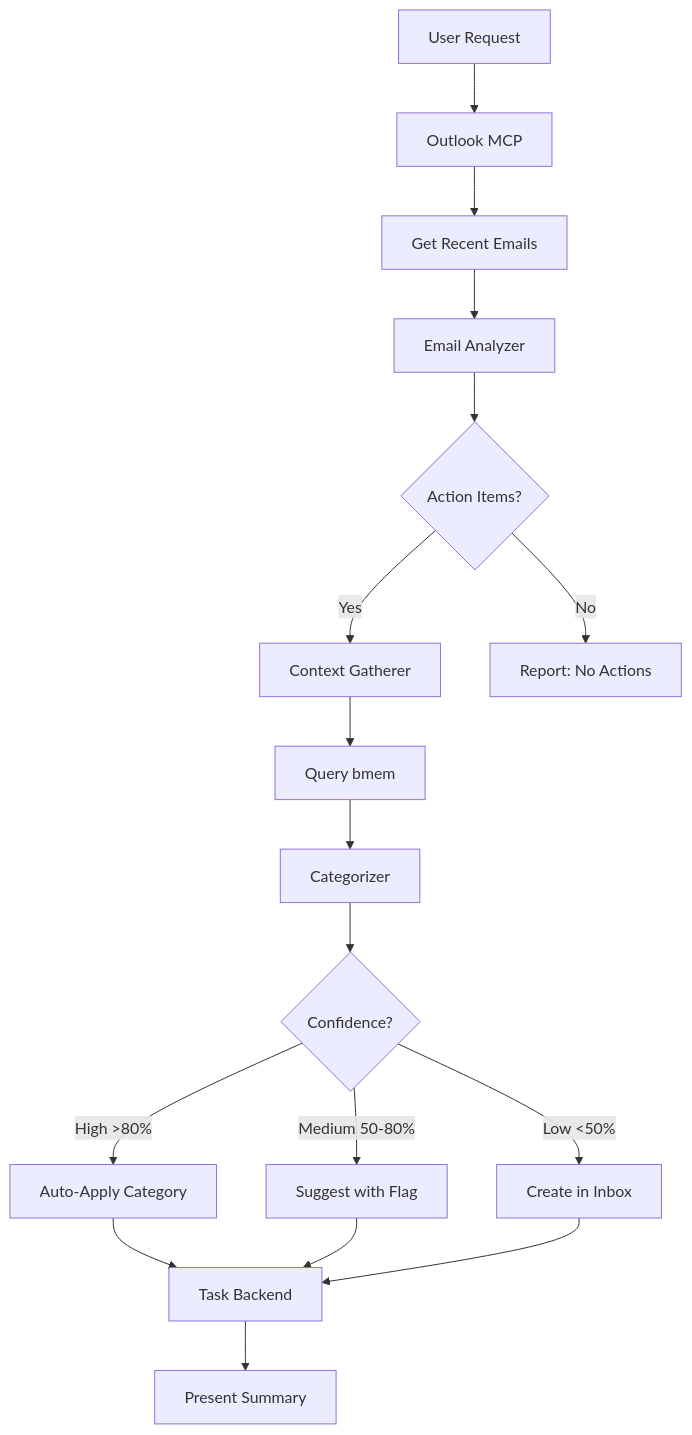
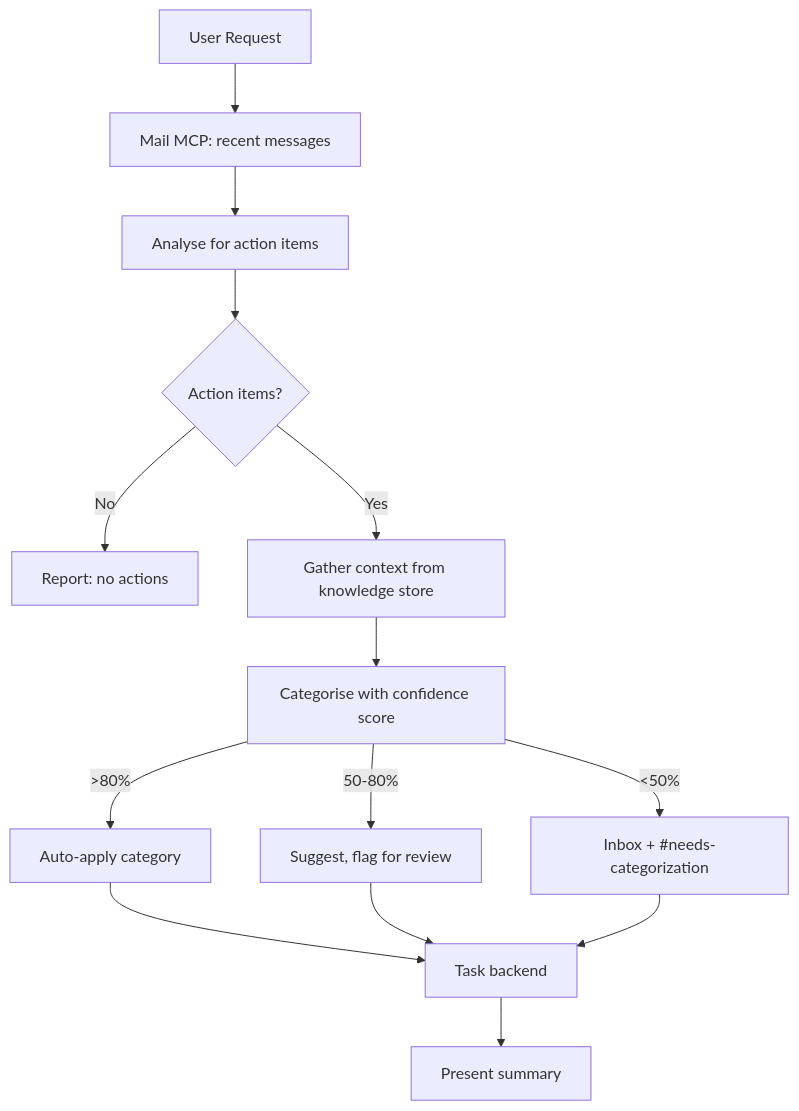
One commit to nicsuzor/academicOps changed the diagram in plugins.disabled/specs/email-to-tasks-workflow.md. Above: the diagram before and after it, drawn with Mermaid. The commit also changed other lines of this file and 28 other files, not shown here.

````diff
--- a/plugins.disabled/specs/email-to-tasks-workflow.md
+++ b/plugins.disabled/specs/email-to-tasks-workflow.md
@@ -23,19 +36,16 @@
 ```mermaid
 graph TD
-    A[User Request] --> B[Outlook MCP]
-    B --> C[Get Recent Emails]
-    C --> D[Email Analyzer]
-    D --> E{Action Items?}
-    E -->|Yes| F[Context Gatherer]
-    E -->|No| G[Report: No Actions]
-    F --> H[Query bmem]
-    H --> I[Categorizer]
-    I --> J{Confidence?}
-    J -->|High >80%| K[Auto-Apply Category]
-    J -->|Medium 50-80%| L[Suggest with Flag]
-    J -->|Low <50%| M[Create in Inbox]
-    K --> N[Task Backend]
-    L --> N
-    M --> N
-    N --> O[Present Summary]
+    A[User Request] --> B[Mail MCP: recent messages]
+    B --> C[Analyse for action items]
+    C --> D{Action items?}
+    D -->|No| E[Report: no actions]
+    D -->|Yes| F[Gather context from knowledge store]
+    F --> G[Categorise with confidence score]
+    G -->|>80%| H[Auto-apply category]
+    G -->|50-80%| I[Suggest, flag for review]
+    G -->|<50%| J[Inbox + #needs-categorization]
+    H --> K[Task backend]
+    I --> K
+    J --> K
+    K --> L[Present summary]
 ```
````
